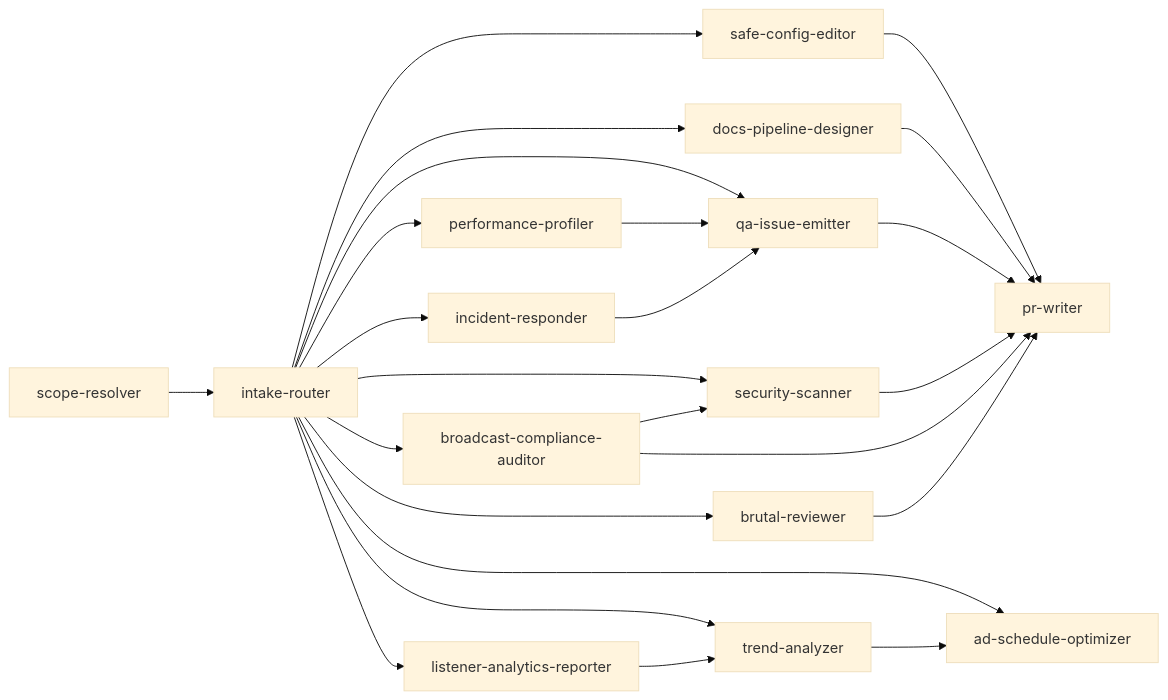
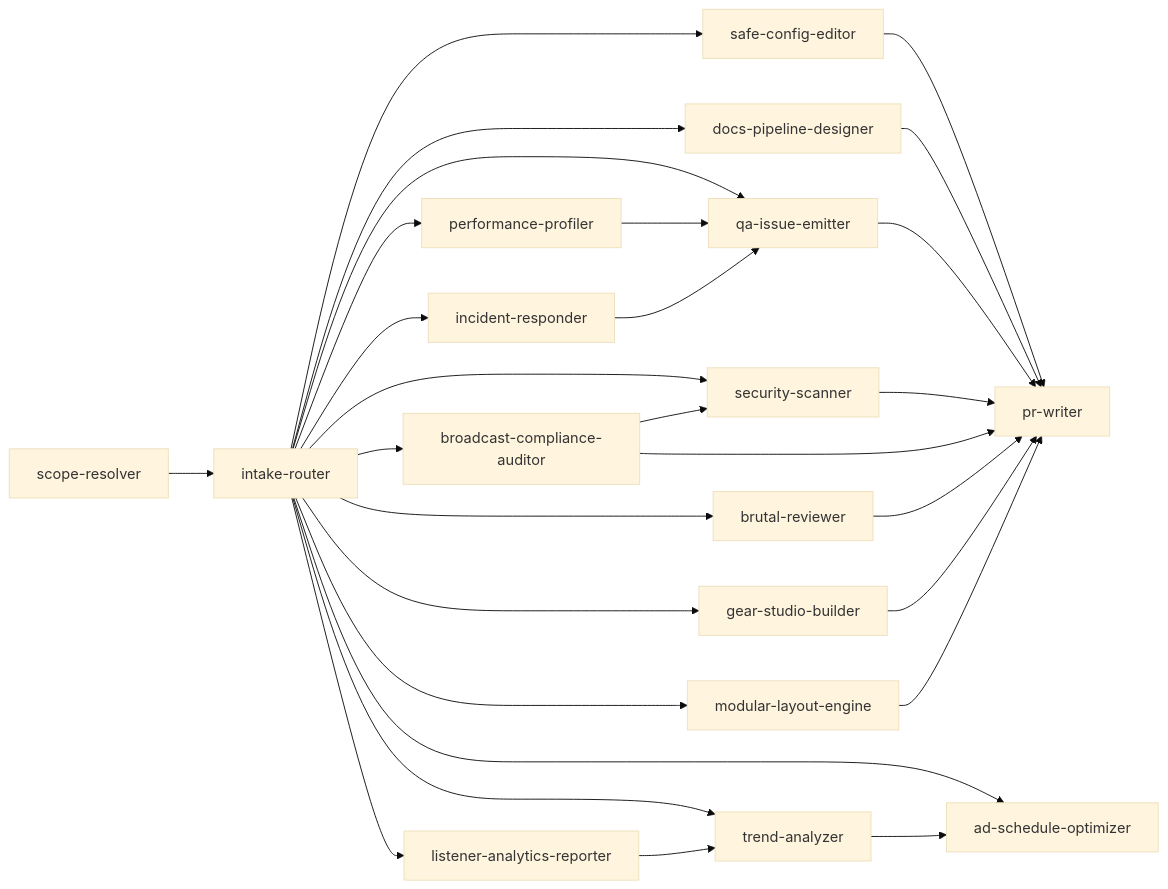
Before and after one commit to cliztech/robo: the diagram in SKILLS.md, drawn with Mermaid (base theme). The commit also changed other lines of this file and 20 other files, not shown here.

````diff
--- a/SKILLS.md
+++ b/SKILLS.md
@@ -14,28 +14,32 @@
 ```mermaid
 graph LR
     A[scope-resolver] --> B[intake-router]
     B --> C[qa-issue-emitter]
     B --> D[safe-config-editor]
     B --> E[docs-pipeline-designer]
     D --> F[pr-writer]
     E --> F
     C --> F
 
     B --> G[security-scanner]
     B --> H[broadcast-compliance-auditor]
     B --> I[listener-analytics-reporter]
     B --> J[trend-analyzer]
     B --> K[performance-profiler]
     B --> L[incident-responder]
     B --> M[brutal-reviewer]
     B --> N[ad-schedule-optimizer]
+    B --> O[gear-studio-builder]
+    B --> P[modular-layout-engine]
 
     G --> F
     H --> F
     M --> F
+    O --> F
+    P --> F
     K --> C
     I --> J
     J --> N
     L --> C
     H --> G
 ```
````
